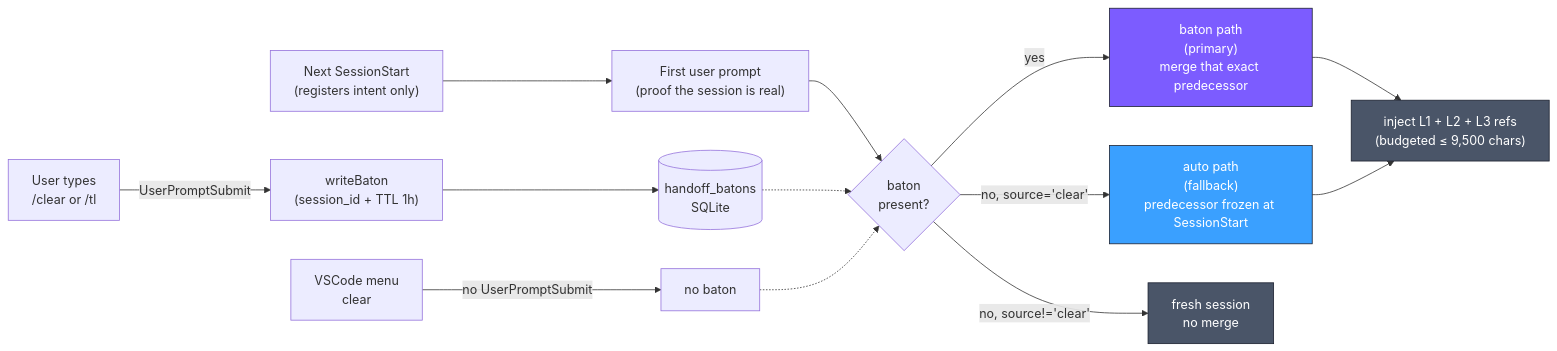
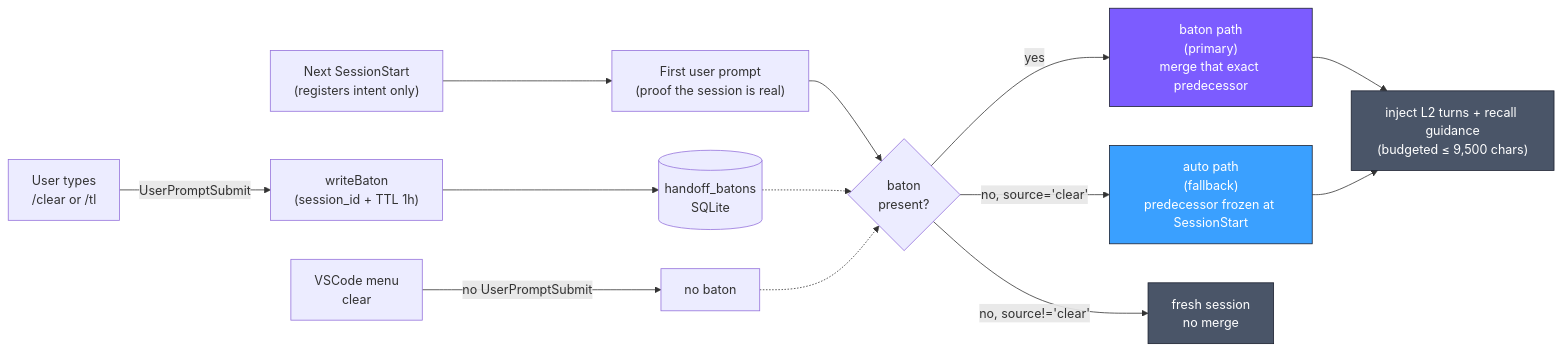
The third of 3 diagrams in README.md (kitepon-rgb/Throughline), drawn with Mermaid before and after one commit. The commit also changed other lines of this file and 1 other file, not shown here.

````diff
--- a/README.md
+++ b/README.md
@@ -180,22 +184,22 @@
 ```mermaid
 flowchart LR
     U["User types<br/>/clear or /tl"] -->|UserPromptSubmit| W["writeBaton<br/>(session_id + TTL 1h)"]
     W --> B[("handoff_batons<br/>SQLite")]
     M["VSCode menu<br/>clear"] -->|no UserPromptSubmit| X["no baton"]
     NS["Next SessionStart<br/>(registers intent only)"] --> FP["First user prompt<br/>(proof the session is real)"]
     FP --> C{"baton<br/>present?"}
     B -.-> C
     X -.-> C
     C -->|yes| P1["baton path<br/>(primary)<br/>merge that exact predecessor"]
     C -->|no, source='clear'| P2["auto path<br/>(fallback)<br/>predecessor frozen at SessionStart"]
     C -->|no, source!='clear'| P3["fresh session<br/>no merge"]
-    P1 --> INJ["inject L1 + L2 + L3 refs<br/>(budgeted ≤ 9,500 chars)"]
+    P1 --> INJ["inject L2 turns + recall guidance<br/>(budgeted ≤ 9,500 chars)"]
     P2 --> INJ
 
     classDef primary fill:#7c5cff,stroke:#1a1f2e,color:#fff
     classDef fallback fill:#3aa0ff,stroke:#1a1f2e,color:#fff
     classDef neutral fill:#4a5568,stroke:#1a1f2e,color:#fff
     class P1 primary
     class P2 fallback
     class P3,INJ neutral
 ```
````
